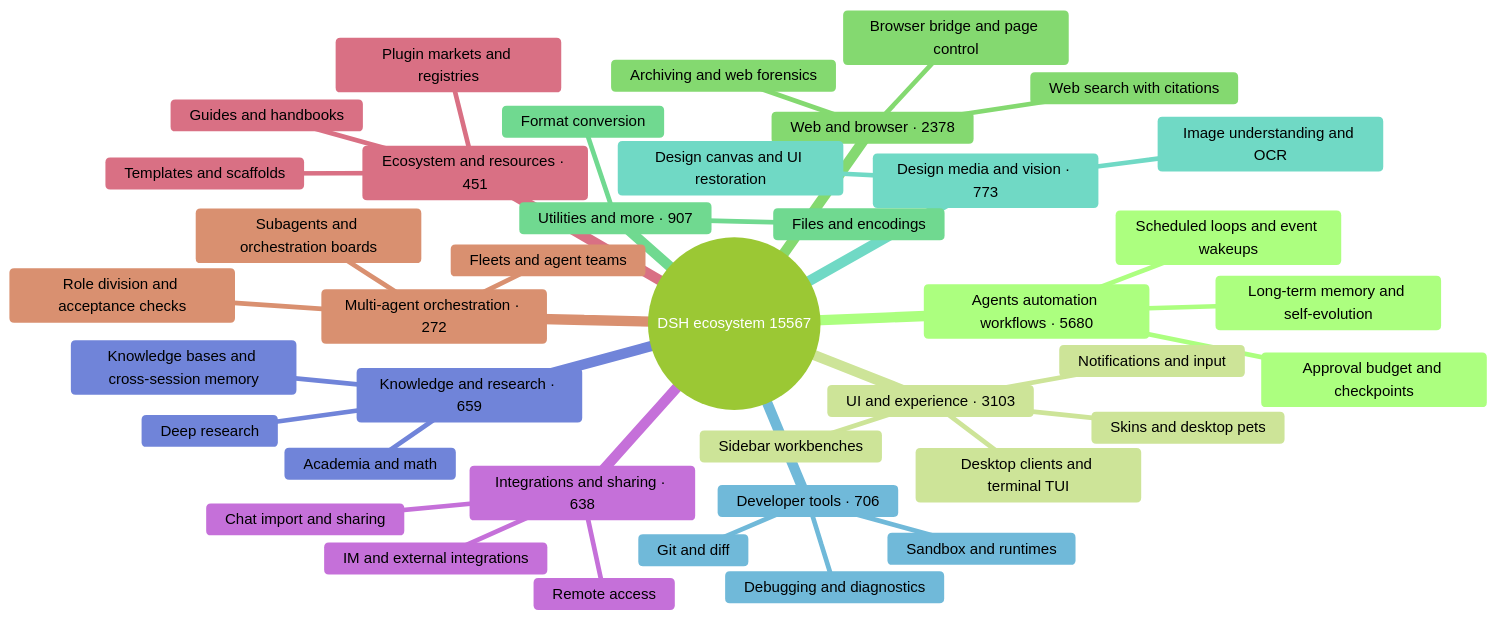
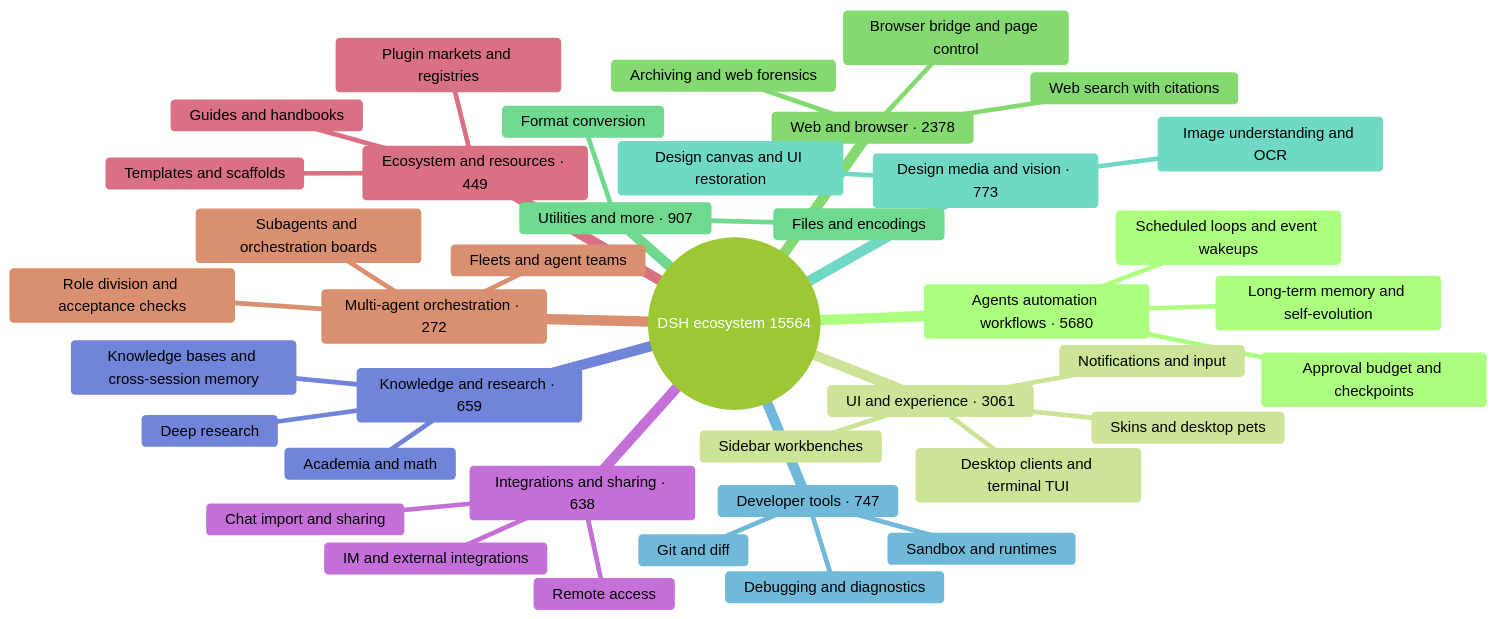
Before and after one commit to bruc3van/awesome-dsh-plugin: the diagram in README_EN.md, drawn with Mermaid (forest theme). The commit also changed other lines of this file and 17 other files, not shown here.

````diff
--- a/README_EN.md
+++ b/README_EN.md
@@ -16,43 +16,43 @@
 ```mermaid
 mindmap
-  root((DSH ecosystem 15567))
+  root((DSH ecosystem 15564))
     Agents automation workflows · 5680
       Scheduled loops and event wakeups
       Long-term memory and self-evolution
       Approval budget and checkpoints
-    UI and experience · 3103
+    UI and experience · 3061
       Desktop clients and terminal TUI
       Sidebar workbenches
       Skins and desktop pets
       Notifications and input
     Web and browser · 2378
       Browser bridge and page control
       Web search with citations
       Archiving and web forensics
     Utilities and more · 907
       Files and encodings
       Format conversion
     Design media and vision · 773
       Image understanding and OCR
       Design canvas and UI restoration
-    Developer tools · 706
+    Developer tools · 747
       Git and diff
       Sandbox and runtimes
       Debugging and diagnostics
     Knowledge and research · 659
       Knowledge bases and cross-session memory
       Deep research
       Academia and math
     Integrations and sharing · 638
       Chat import and sharing
       Remote access
       IM and external integrations
-    Ecosystem and resources · 451
+    Ecosystem and resources · 449
       Plugin markets and registries
       Templates and scaffolds
       Guides and handbooks
     Multi-agent orchestration · 272
       Subagents and orchestration boards
       Fleets and agent teams
       Role division and acceptance checks
 ```
````
